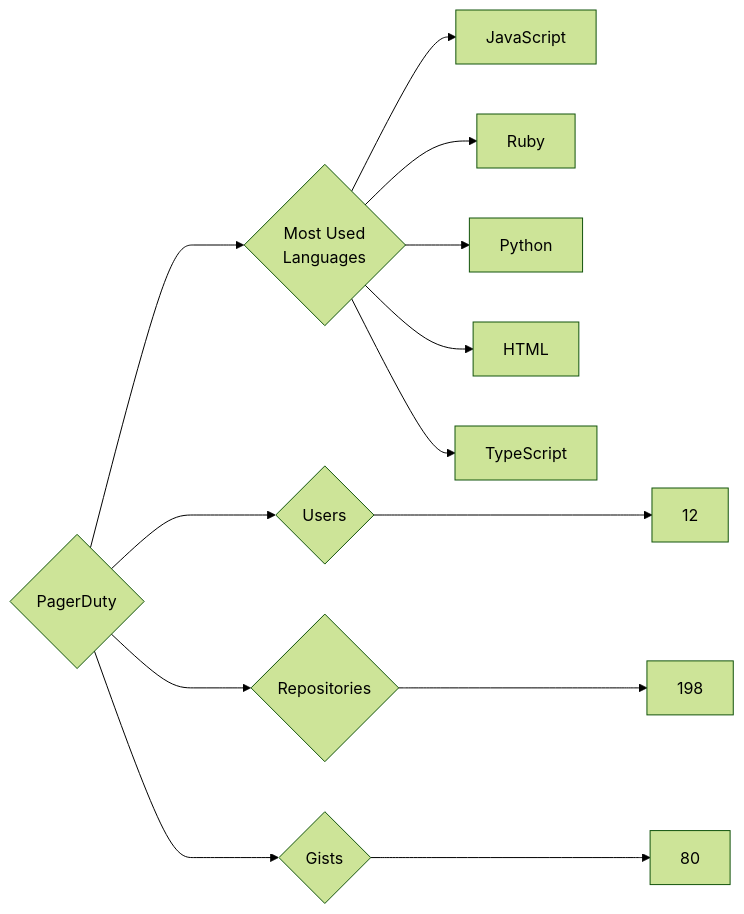
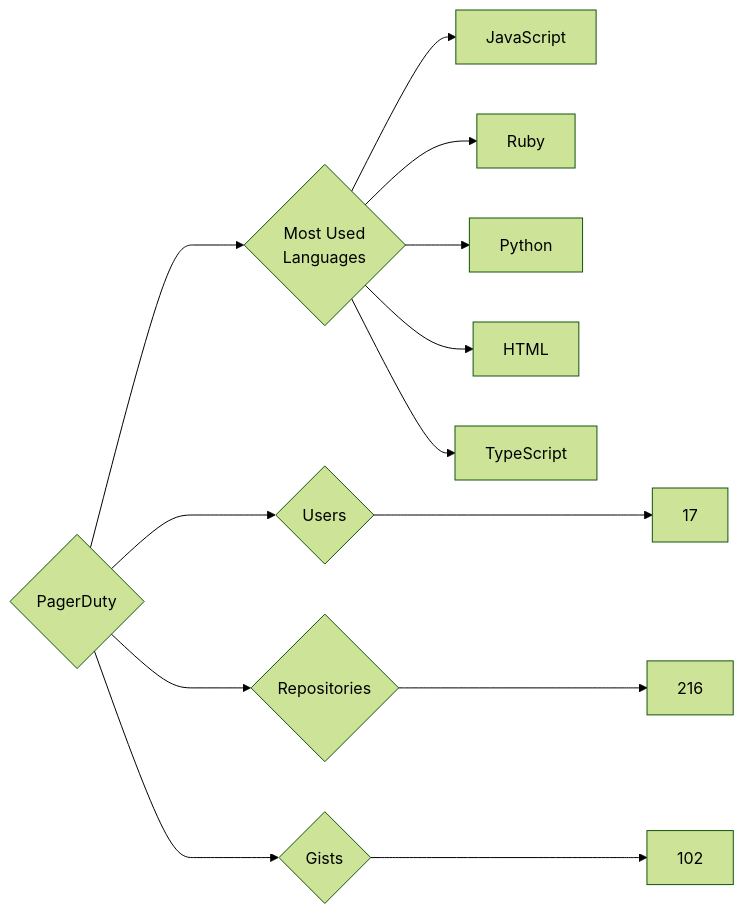
Before and after one commit to trickest/insiders: the diagram in targets/PagerDuty/README.md, drawn with Mermaid (forest theme). The commit also changed 1508 other files, not shown here.

````diff
--- a/targets/PagerDuty/README.md
+++ b/targets/PagerDuty/README.md
@@ -3,13 +3,13 @@
 ```mermaid
 graph LR
 COMPANY_NAME{PagerDuty}
-COMPANY_NAME ---> U{Users} ---> UN[12]
-COMPANY_NAME ---> R{Repositories} ---> RN[198]
-COMPANY_NAME ---> G{Gists} ---> GN[80]
+COMPANY_NAME ---> U{Users} ---> UN[17]
+COMPANY_NAME ---> R{Repositories} ---> RN[216]
+COMPANY_NAME ---> G{Gists} ---> GN[102]
 COMPANY_NAME ---> ML{Most Used<br>Languages}
 ML --> JavaScript[JavaScript]
 ML --> Ruby[Ruby]
 ML --> Python[Python]
 ML --> HTML[HTML]
 ML --> TypeScript[TypeScript]
 ```
````
